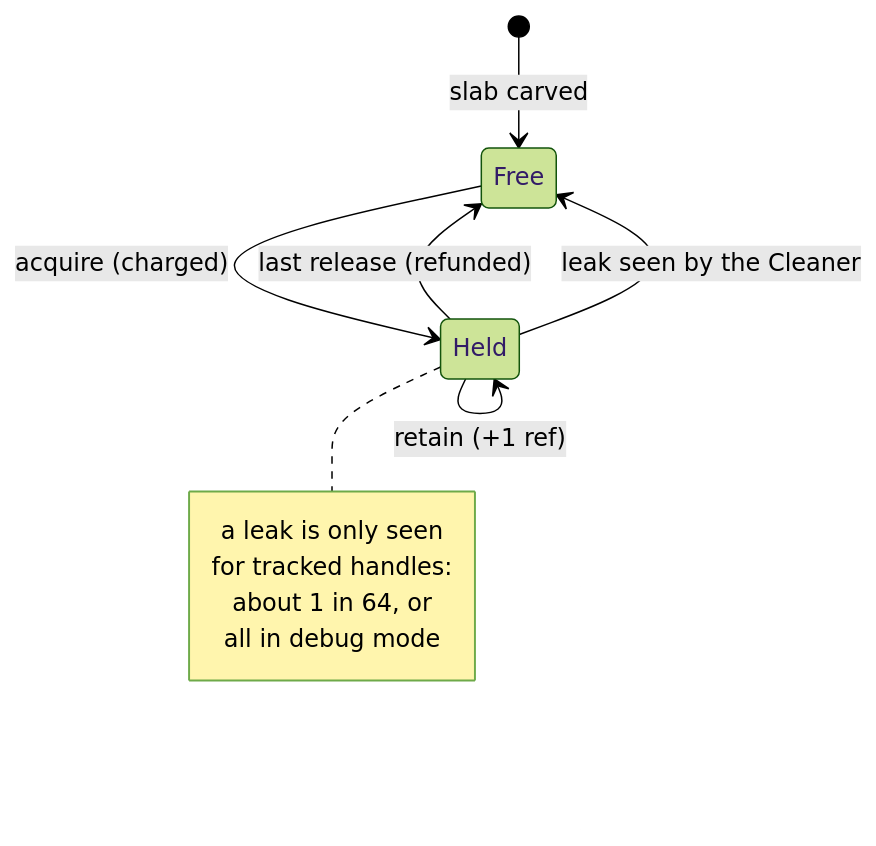
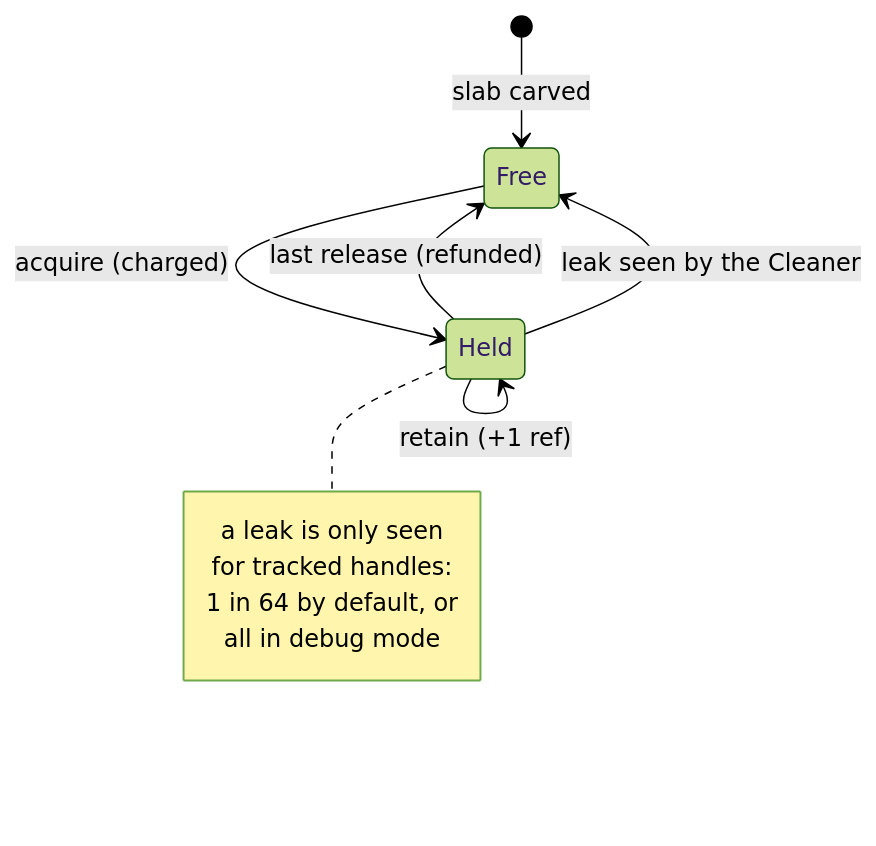
Before and after one commit to BlivionIaG/sjws_nettask: the first of 2 diagrams in docs/design/buffer-pool.md, drawn with Mermaid (forest theme). The commit also changed other lines of this file and 19 other files, not shown here.

First line of the commit message:
docs: fix the diagrams the fact-check found imprecise

````diff
--- a/docs/design/buffer-pool.md
+++ b/docs/design/buffer-pool.md
@@ -85,14 +85,14 @@
 ```mermaid
 stateDiagram-v2
     [*] --> Free: slab carved
     Free --> Held: acquire (charged)
     Held --> Held: retain (+1 ref)
     Held --> Free: last release (refunded)
     Held --> Free: leak seen by the Cleaner
     note right of Held
         a leak is only seen
         for tracked handles:
-        about 1 in 64, or
+        1 in 64 by default, or
         all in debug mode
     end note
 ```
````
